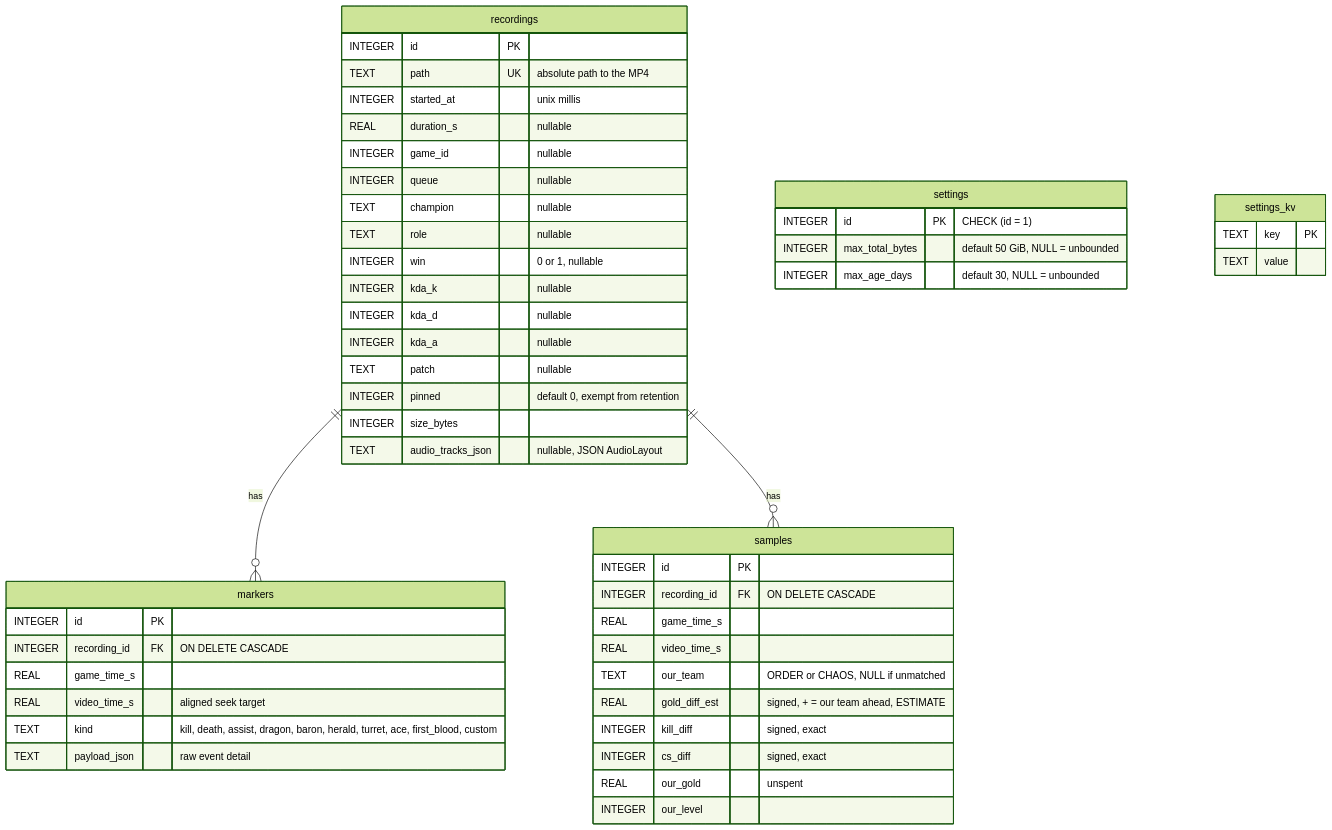
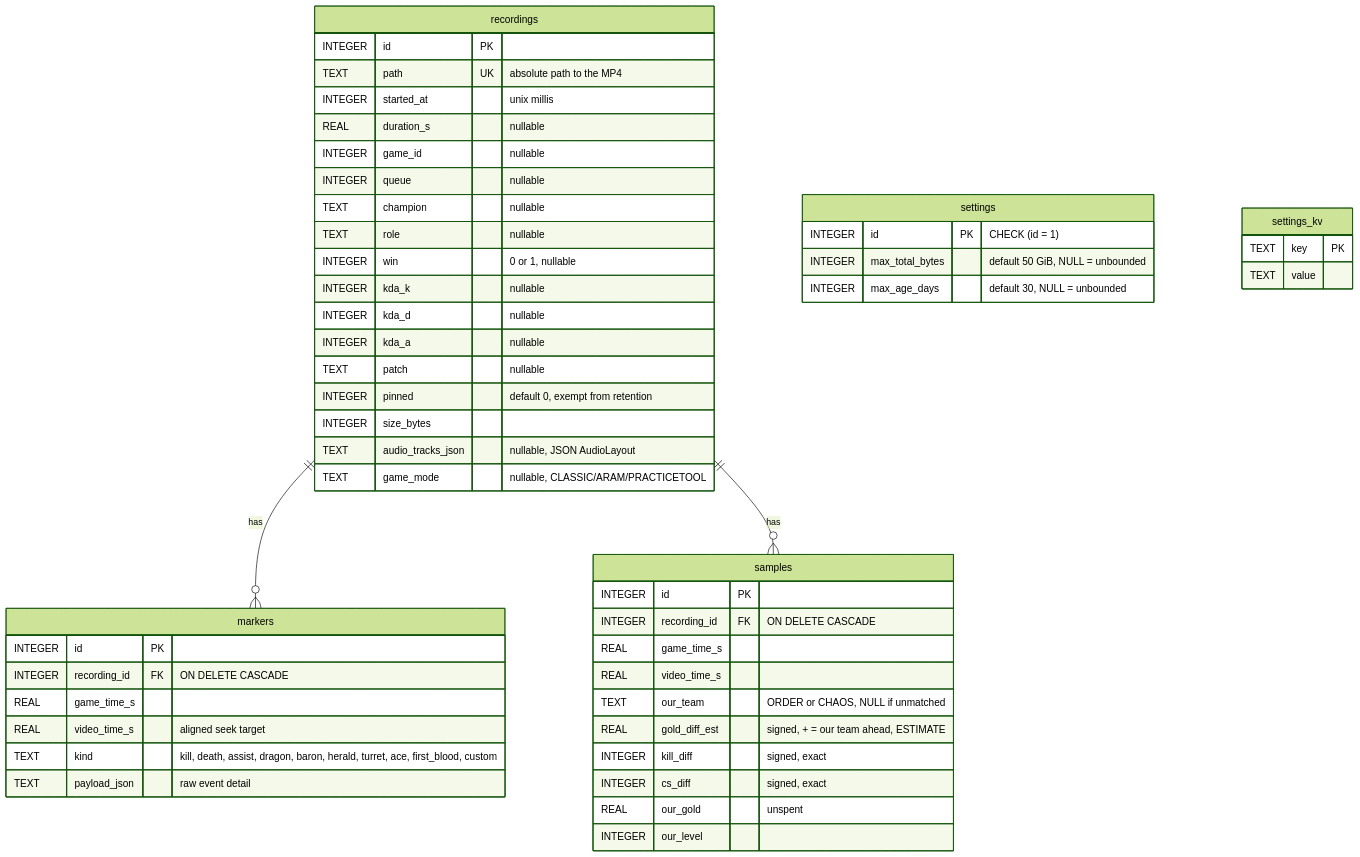
The first of 3 diagrams in docs/data-model.md (NinjaGoldfinch/ninja-recorder), drawn with Mermaid (forest theme) before and after one commit. The commit also changed other lines of this file and 15 other files, not shown here.

````diff
--- a/docs/data-model.md
+++ b/docs/data-model.md
@@ -15,53 +15,54 @@
 ```mermaid
 erDiagram
     recordings ||--o{ markers : "has"
     recordings ||--o{ samples : "has"
 
     recordings {
         INTEGER id PK
         TEXT    path UK "absolute path to the MP4"
         INTEGER started_at "unix millis"
         REAL    duration_s "nullable"
         INTEGER game_id "nullable"
         INTEGER queue "nullable"
         TEXT    champion "nullable"
         TEXT    role "nullable"
         INTEGER win "0 or 1, nullable"
         INTEGER kda_k "nullable"
         INTEGER kda_d "nullable"
         INTEGER kda_a "nullable"
         TEXT    patch "nullable"
         INTEGER pinned "default 0, exempt from retention"
         INTEGER size_bytes
         TEXT    audio_tracks_json "nullable, JSON AudioLayout"
+        TEXT    game_mode "nullable, CLASSIC/ARAM/PRACTICETOOL"
     }
     markers {
         INTEGER id PK
         INTEGER recording_id FK "ON DELETE CASCADE"
         REAL    game_time_s
         REAL    video_time_s "aligned seek target"
         TEXT    kind "kill, death, assist, dragon, baron, herald, turret, ace, first_blood, custom"
         TEXT    payload_json "raw event detail"
     }
     samples {
         INTEGER id PK
         INTEGER recording_id FK "ON DELETE CASCADE"
         REAL    game_time_s
         REAL    video_time_s
         TEXT    our_team "ORDER or CHAOS, NULL if unmatched"
         REAL    gold_diff_est "signed, + = our team ahead, ESTIMATE"
         INTEGER kill_diff "signed, exact"
         INTEGER cs_diff "signed, exact"
         REAL    our_gold "unspent"
         INTEGER our_level
     }
     settings {
         INTEGER id PK "CHECK (id = 1)"
         INTEGER max_total_bytes "default 50 GiB, NULL = unbounded"
         INTEGER max_age_days "default 30, NULL = unbounded"
     }
     settings_kv {
         TEXT key PK
         TEXT value
     }
 ```
````
